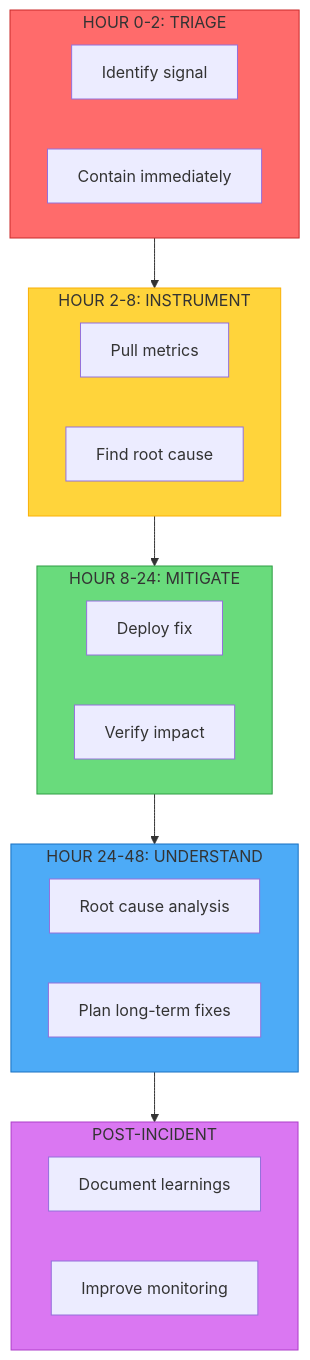
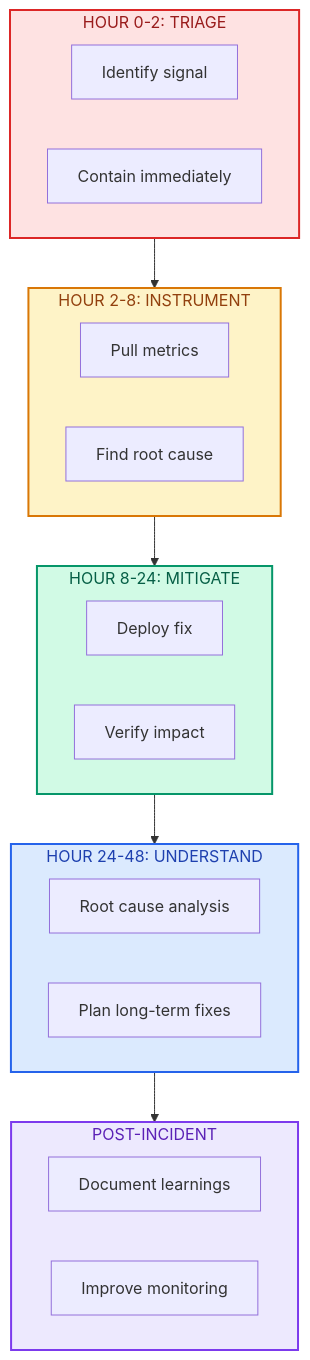
Before and after one commit to whoisrade/agentic-field-manual: the diagram in 00-templates/first-48-hours.md, drawn with Mermaid. The commit also changed 18 other files, not shown here.

Commit message:
refine mermaid diagrams with enterprise color palette

````diff
--- a/00-templates/first-48-hours.md
+++ b/00-templates/first-48-hours.md
@@ -18,35 +18,35 @@
 ```mermaid
 flowchart TB
     subgraph T["HOUR 0-2: TRIAGE"]
-        A1[Identify signal]
-        A2[Contain immediately]
+        A1["Identify signal"]
+        A2["Contain immediately"]
     end
     
     subgraph I["HOUR 2-8: INSTRUMENT"]
-        B1[Pull metrics]
-        B2[Find root cause]
+        B1["Pull metrics"]
+        B2["Find root cause"]
     end
     
     subgraph M["HOUR 8-24: MITIGATE"]
-        C1[Deploy fix]
-        C2[Verify impact]
+        C1["Deploy fix"]
+        C2["Verify impact"]
     end
     
     subgraph U["HOUR 24-48: UNDERSTAND"]
-        D1[Root cause analysis]
-        D2[Plan long-term fixes]
+        D1["Root cause analysis"]
+        D2["Plan long-term fixes"]
     end
     
     subgraph P["POST-INCIDENT"]
-        E1[Document learnings]
-        E2[Improve monitoring]
+        E1["Document learnings"]
+        E2["Improve monitoring"]
     end
     
     T --> I --> M --> U --> P
     
-    style T fill:#ff6b6b,stroke:#c92a2a
-    style I fill:#ffd43b,stroke:#fab005
-    style M fill:#69db7c,stroke:#2f9e44
-    style U fill:#4dabf7,stroke:#1971c2
-    style P fill:#da77f2,stroke:#ae3ec9
+    style T fill:#fee2e2,stroke:#dc2626,stroke-width:2px,color:#991b1b
+    style I fill:#fef3c7,stroke:#d97706,stroke-width:2px,color:#92400e
+    style M fill:#d1fae5,stroke:#059669,stroke-width:2px,color:#065f46
+    style U fill:#dbeafe,stroke:#2563eb,stroke-width:2px,color:#1e40af
+    style P fill:#ede9fe,stroke:#7c3aed,stroke-width:2px,color:#5b21b6
 ```
````
